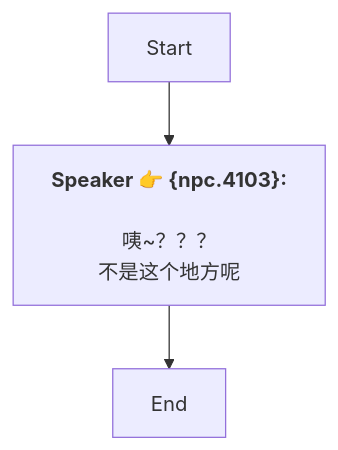
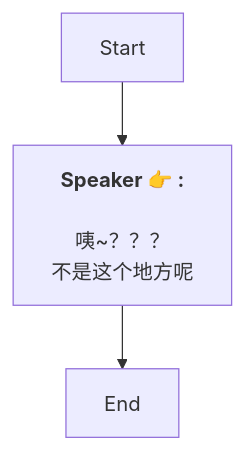
One commit to SoftHu/tos_avg changed the diagram in Zh/QuestStartTalkENode_1741647454314757.md. Above: the diagram before and after it, drawn with Mermaid. The commit also changed 737 other files, not shown here.

````diff
--- a/Zh/QuestStartTalkENode_1741647454314757.md
+++ b/Zh/QuestStartTalkENode_1741647454314757.md
@@ -1,9 +1,7 @@
 ```mermaid
 graph
-Start -->1741647485986065[<b>Speaker 👉 &lbrace;npc.4103&rbrace;:</b>
-
-咦~？？？
-不是这个地方呢]
+Start -->1741647485986065[<b>Speaker 👉 :</b>
+\n咦~？？？\n不是这个地方呢]
 1741647485986065 -->1741647538665757[End]
 
- ```
+```
````
